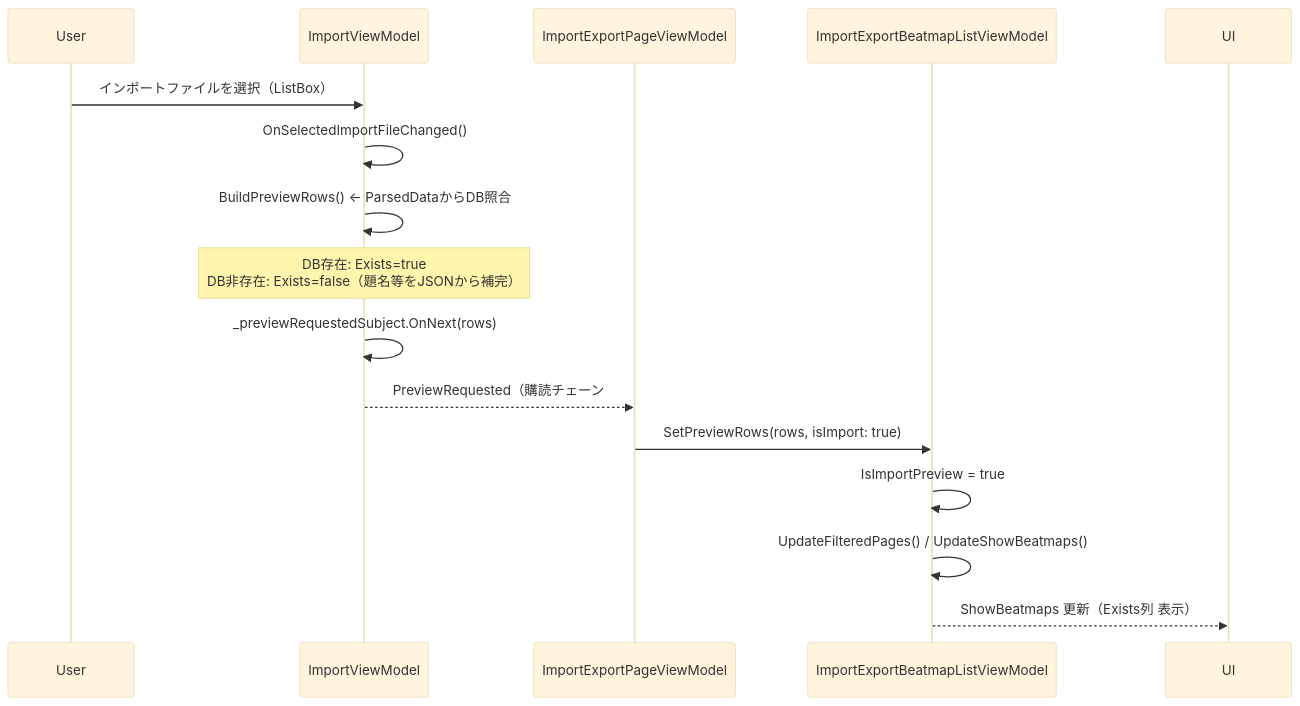
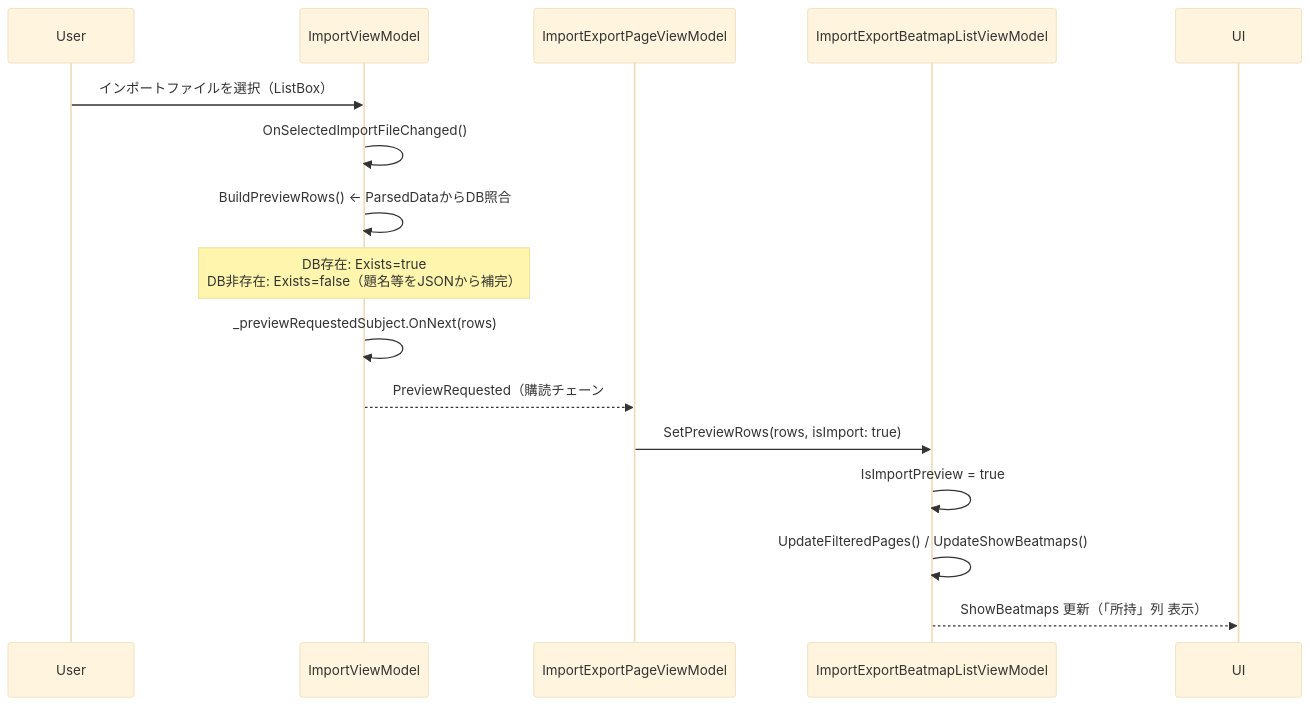
Diagram 17 of 21 in docs/DATA_FLOW.md (rice5941/NakuruTool_Avalonia_AOT), drawn with Mermaid (base theme) before and after one commit. The commit also changed other lines of this file and 22 other files, not shown here.

````diff
--- a/docs/DATA_FLOW.md
+++ b/docs/DATA_FLOW.md
@@ -692,18 +692,18 @@
 ```mermaid
 sequenceDiagram
     participant User
     participant IVM as ImportViewModel
     participant IEPVM as ImportExportPageViewModel
     participant BLVM as ImportExportBeatmapListViewModel
 
     User->>IVM: インポートファイルを選択（ListBox）
     IVM->>IVM: OnSelectedImportFileChanged()
     IVM->>IVM: BuildPreviewRows() ← ParsedDataからDB照合
     Note over IVM: DB存在: Exists=true<br/>DB非存在: Exists=false（題名等をJSONから補完）
     IVM->>IVM: _previewRequestedSubject.OnNext(rows)
     IVM-->>IEPVM: PreviewRequested（購読チェーン#IE-3）
     IEPVM->>BLVM: SetPreviewRows(rows, isImport: true)
     BLVM->>BLVM: IsImportPreview = true
     BLVM->>BLVM: UpdateFilteredPages() / UpdateShowBeatmaps()
-    BLVM-->>UI: ShowBeatmaps 更新（Exists列 表示）
+    BLVM-->>UI: ShowBeatmaps 更新（「所持」列 表示）
 ```
````
